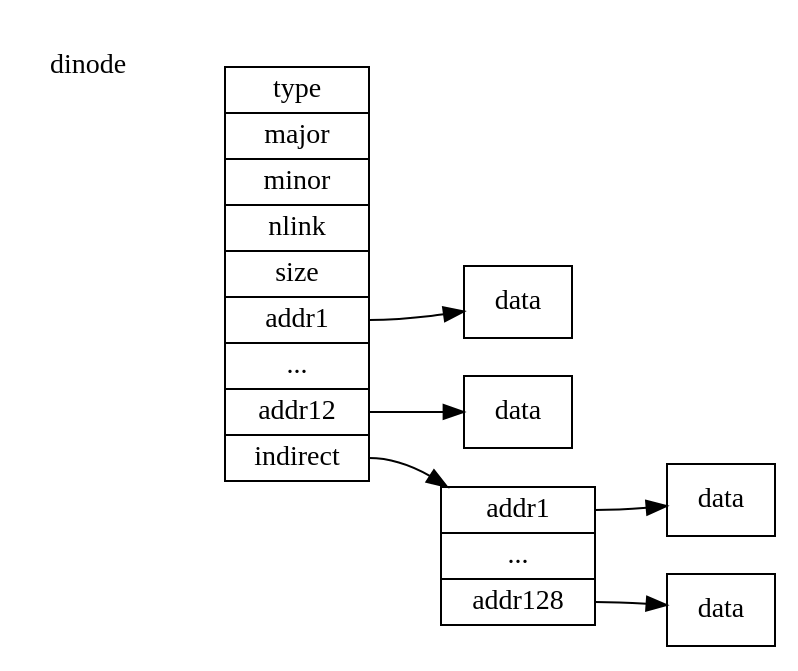
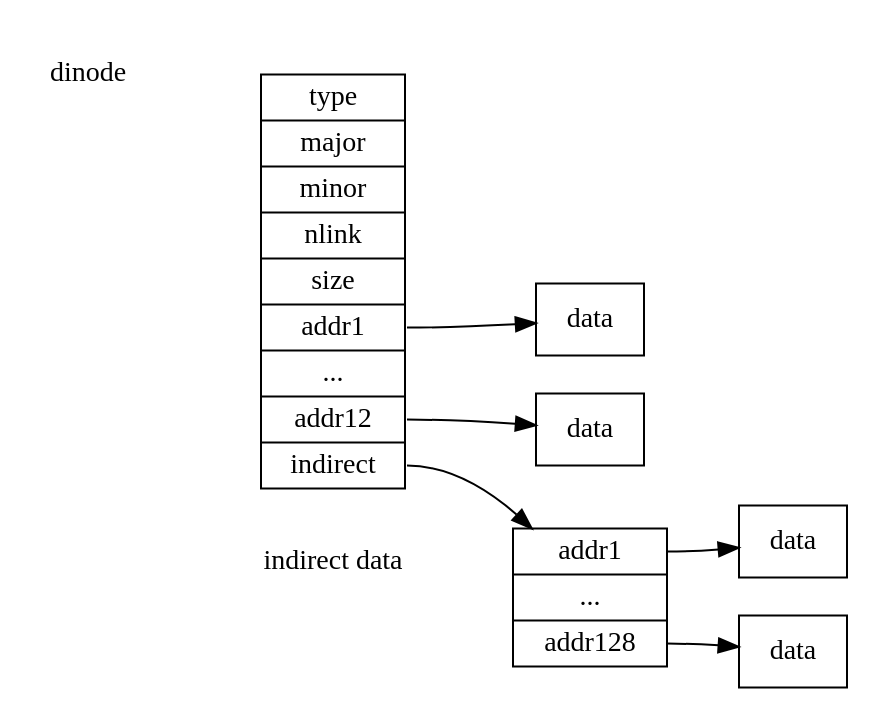
The diagram in 62-buffer-log.org (Jeanhwea/xv6-course), drawn with Graphviz before and after one commit. The commit also changed 1 other file, not shown here.

```diff
--- a/62-buffer-log.org
+++ b/62-buffer-log.org
@@ -11,43 +11,48 @@
 #+BEGIN_SRC dot :exports results :file ./img/dinode.png
   digraph {
     graph [
       rankdir = "LR"
     ];
     dinode0 [
       label = "dinode"
       shape = none
     ];
     dinode0 -> dinode:n [style="invis"];
     dinode [
       label = "type|major|minor|nlink|size|<f1>addr1|...|<f2>addr12|<f3>indirect"
       shape = "record"
     ];
     dinode:f1 -> data01;
     data01 [
       label = "data"
       shape = "record"
     ];
     dinode:f2 -> data12;
     data12 [
       label = "data"
       shape = "record"
     ];
 
+    indrnode0 [
+      label = "indirect data"
+      shape = none
+    ];
+    indrnode0 -> indrnode:n [style="invis"];
     dinode:f3 -> indrnode;
     indrnode [
       label = "<f1>addr1|...|<f2>addr128"
       shape = "record"
     ];
 
     indrnode:f1 -> idata01;
     idata01 [
       label = "data"
       shape = "record"
     ];
     indrnode:f2 -> idata128;
     idata128 [
       label = "data"
       shape = "record"
     ];
   }
 #+END_SRC
```
